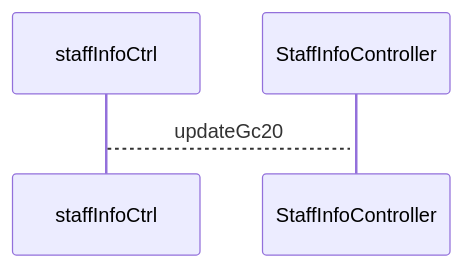
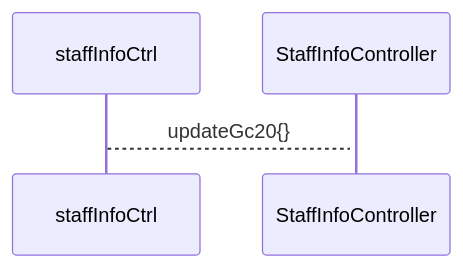
One commit to ZhangJianBeiJing/iodraw-files changed the diagram in all/未命名.md. Above: the diagram before and after it, drawn with Mermaid.

Commit message:
2025-03-24 18:50:53 update

````diff
--- a/all/未命名.md
+++ b/all/未命名.md
@@ -1,5 +1,5 @@
 ```mermaid
 sequenceDiagram
-    staffInfoCtrl-->+StaffInfoController:updateGc20
+    staffInfoCtrl-->+StaffInfoController:updateGc20{}
             
 ```
````
